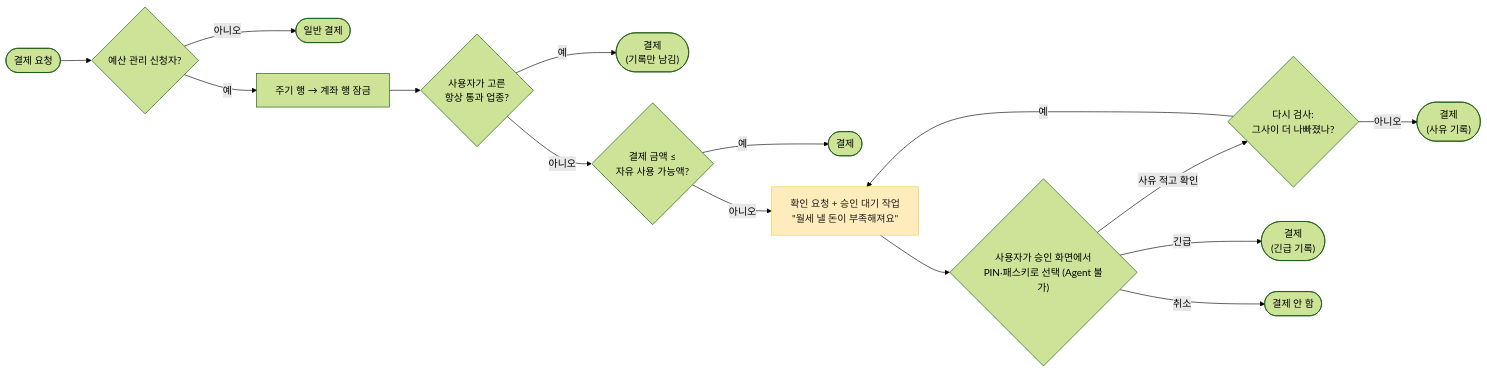
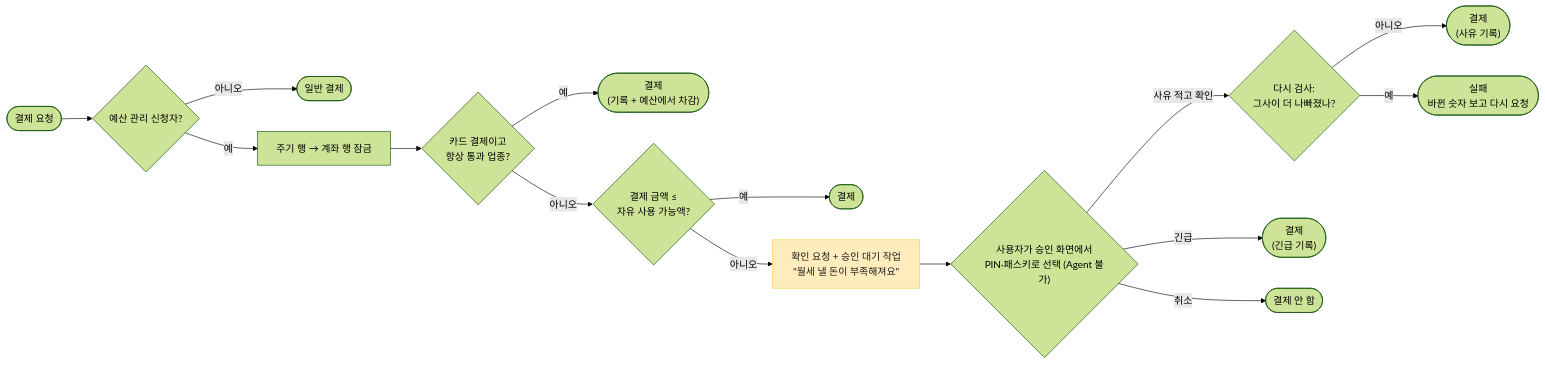
The seventh of 8 diagrams in docs/planning/user-flows.md (noviz-domino/avengers-bank-noviz), drawn with Mermaid (forest theme) before and after one commit. The commit also changed other lines of this file and 6 other files, not shown here.

````diff
--- a/docs/planning/user-flows.md
+++ b/docs/planning/user-flows.md
@@ -105,18 +105,18 @@
 ```mermaid
 flowchart LR
     A([결제 요청]) --> B{예산 관리 신청자?}
     B -- 아니오 --> P([일반 결제])
     B -- 예 --> L["주기 행 → 계좌 행 잠금"]
-    L --> C{"사용자가 고른<br/>항상 통과 업종?"}
-    C -- 예 --> P2(["결제<br/>(기록만 남김)"])
+    L --> C{"카드 결제이고<br/>항상 통과 업종?"}
+    C -- 예 --> P2(["결제<br/>(기록 + 예산에서 차감)"])
     C -- 아니오 --> D{"결제 금액 ≤<br/>자유 사용 가능액?"}
     D -- 예 --> P3([결제])
     D -- 아니오 --> E["확인 요청 + 승인 대기 작업<br/>#quot;월세 낼 돈이 부족해져요#quot;"]:::ask
     E --> F{"사용자가 승인 화면에서<br/>PIN·패스키로 선택 (Agent 불가)"}
     F -- 사유 적고 확인 --> R{"다시 검사:<br/>그사이 더 나빠졌나?"}
     R -- 아니오 --> P4(["결제<br/>(사유 기록)"])
-    R -- 예 --> E
+    R -- 예 --> X2(["실패<br/>바뀐 숫자 보고 다시 요청"])
     F -- 긴급 --> P5(["결제<br/>(긴급 기록)"])
     F -- 취소 --> X([결제 안 함])
     classDef ask fill:#FFECBD,stroke:#FFC943,color:#1E1E1E
 ```
````
